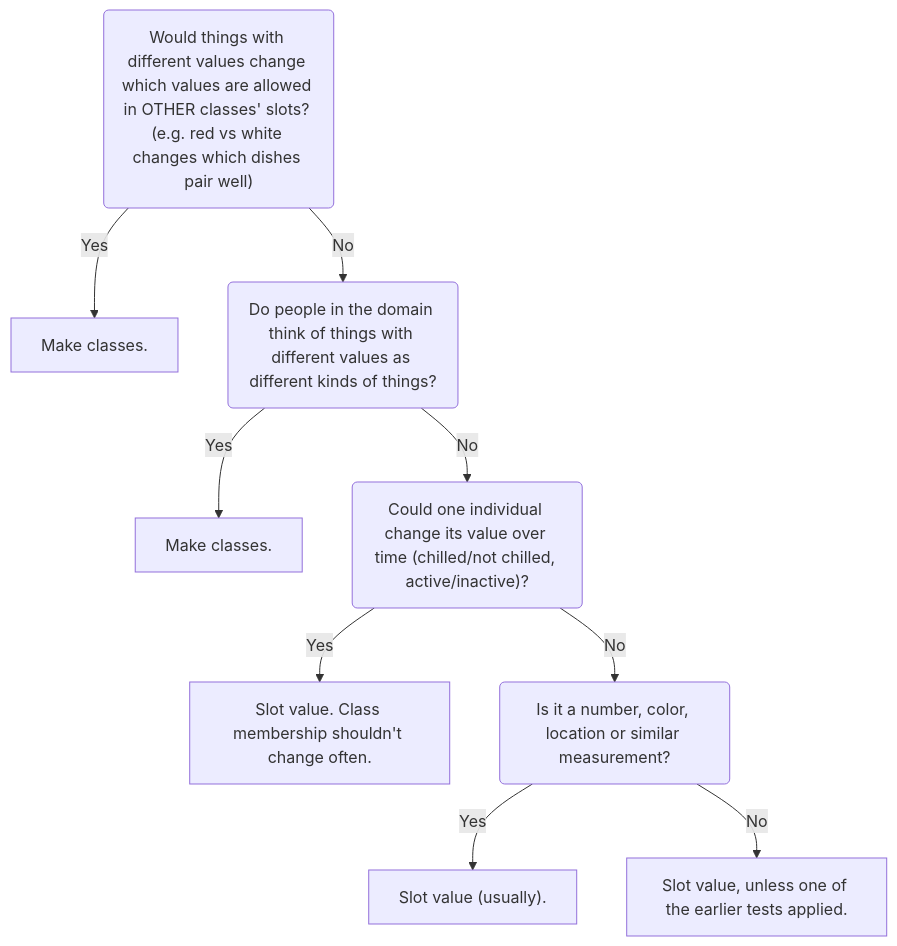
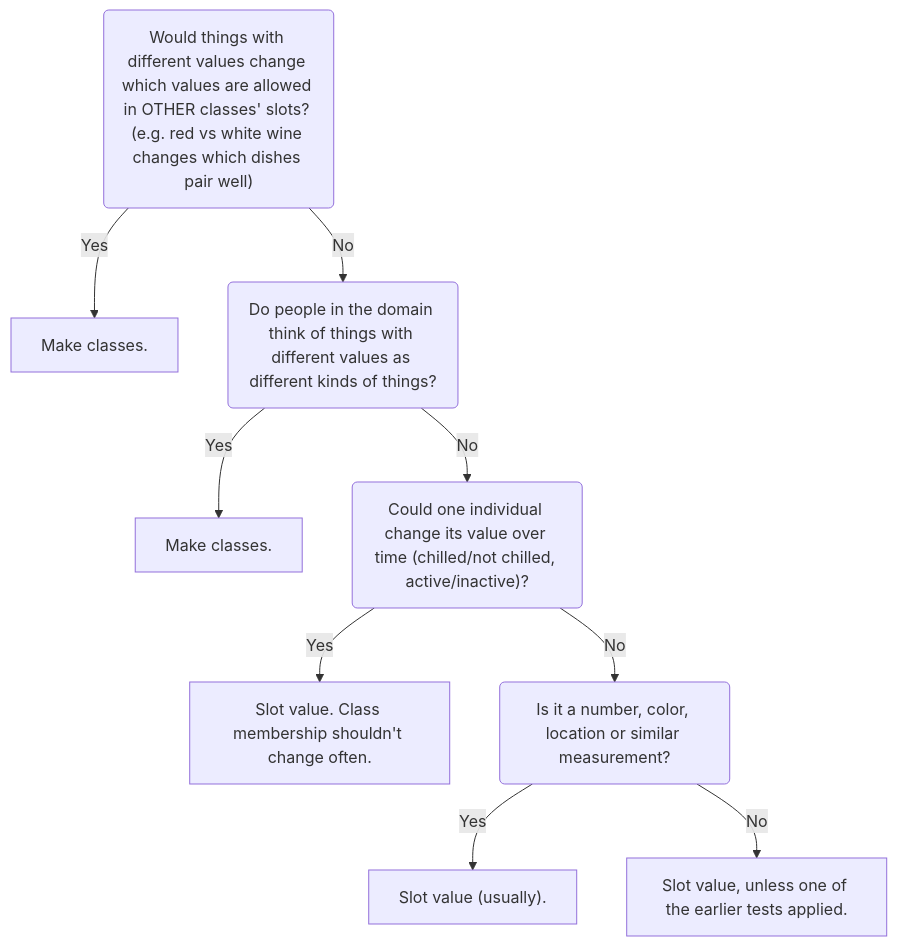
The fourth of 10 diagrams in docs/DECISIONS.md (alanbsmith/ontology-kit), drawn with Mermaid before and after one commit. The commit also changed other lines of this file and 6 other files, not shown here.

````diff
--- a/docs/DECISIONS.md
+++ b/docs/DECISIONS.md
@@ -174,22 +245,22 @@
 ```mermaid
 flowchart TD
   accTitle: New class, or just a slot value?
-  accDescr: A flowchart of 4 yes or no questions, asked in order: 1. Would things with different values change which values are allowed in OTHER classes' slots? (e.g. red vs white changes which dishes pair well) 2. Do people in the domain think of things with different values as different kinds of things? 3. Could one individual change its value over time (chilled/not chilled, active/inactive)? 4. Is it a number, color, location or similar measurement? Each answer leads to an outcome or to the next question. The numbered list below gives the same steps as text.
-  Q1("Would things with different values change which values are allowed in OTHER classes' slots? #40;e.g. red vs white changes which dishes pair well#41;")
+  accDescr: A flowchart of 4 yes or no questions, asked in order: 1. Would things with different values change which values are allowed in OTHER classes' slots? (e.g. red vs white wine changes which dishes pair well) 2. Do people in the domain think of things with different values as different kinds of things? 3. Could one individual change its value over time (chilled/not chilled, active/inactive)? 4. Is it a number, color, location or similar measurement? Each answer leads to an outcome or to the next question. The same steps are available as text.
+  Q1("Would things with different values change which values are allowed in OTHER classes' slots? #40;e.g. red vs white wine changes which dishes pair well#41;")
   Q1Y["Make classes."]
   Q1 -->|Yes| Q1Y
   Q1 -->|No| Q2
   Q2("Do people in the domain think of things with different values as different kinds of things?")
   Q2Y["Make classes."]
   Q2 -->|Yes| Q2Y
   Q2 -->|No| Q3
   Q3("Could one individual change its value over time #40;chilled/not chilled, active/inactive#41;?")
   Q3Y["Slot value. Class membership shouldn't change often."]
   Q3 -->|Yes| Q3Y
   Q3 -->|No| Q4
   Q4("Is it a number, color, location or similar measurement?")
   Q4Y["Slot value #40;usually#41;."]
   Q4 -->|Yes| Q4Y
   Q4N["Slot value, unless one of the earlier tests applied."]
   Q4 -->|No| Q4N
 ```
````
